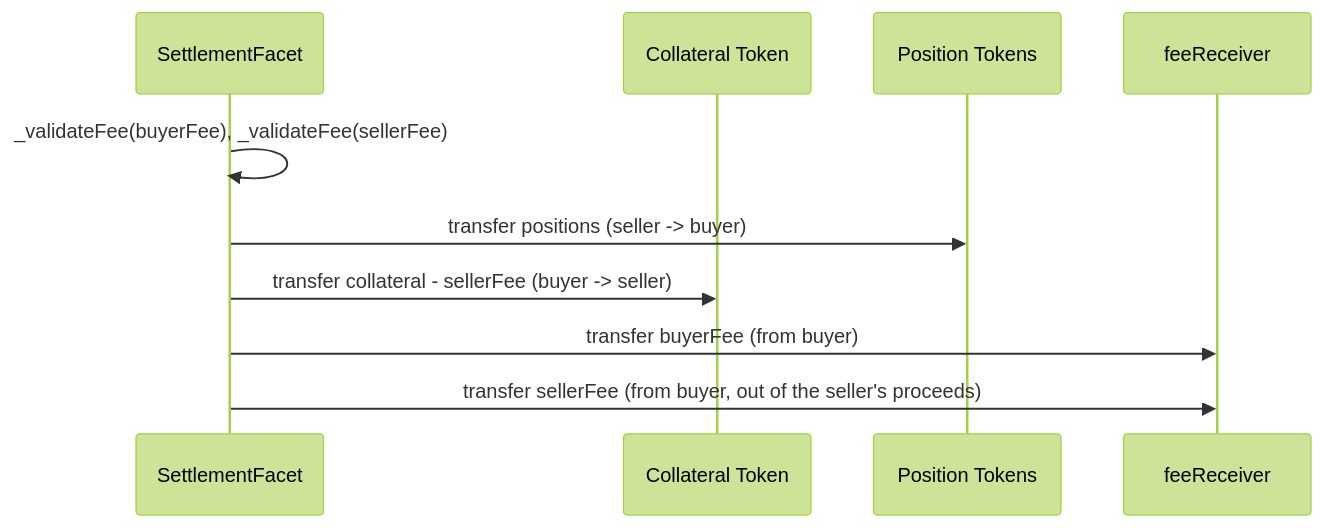
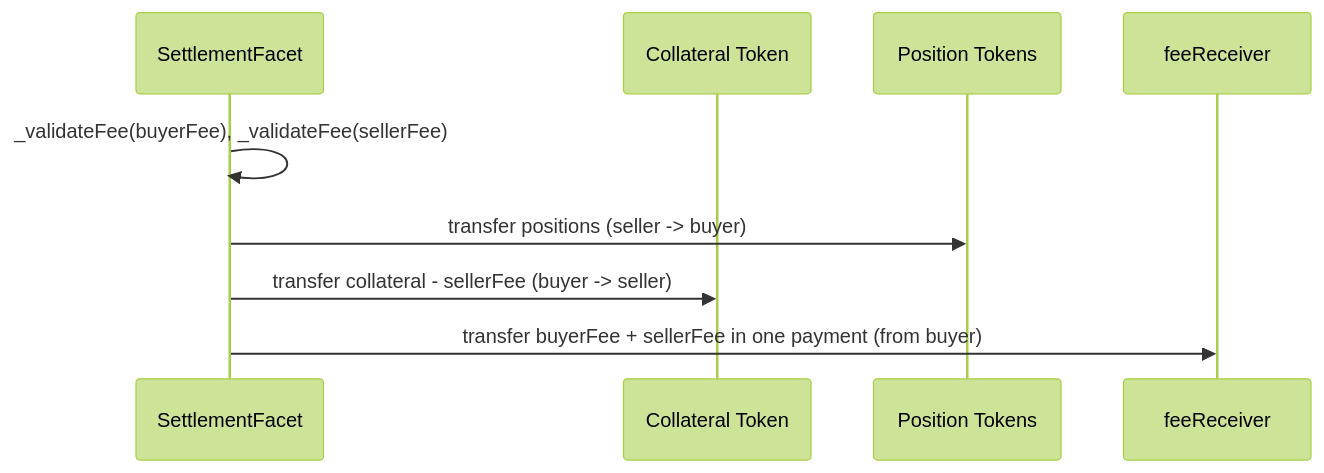
One commit to Doefin/doefin-v2 changed the second of 4 diagrams in docs/flows/SETTLEMENT_FLOW.md. Above: the diagram before and after it, drawn with Mermaid (forest theme). The commit also changed other lines of this file and 2 other files, not shown here.

Commit message:
SCRUM-559: a Complementary buyer pays both fees in one transfer
The buyer already pays the seller's fee out of the seller's proceeds, so both fees
now reach the Diamond in one transferFrom instead of two. Each non-zero fee still
emits its own FeeAccrued, and every party's amounts are unchanged. Saves about
4,100 gas per Complementary leg that carries both fees; Mint and Merge are
unaffected.

Also corrects the _settleComplementary NatSpec, which still described the seller
paying its own fee.

````diff
--- a/docs/flows/SETTLEMENT_FLOW.md
+++ b/docs/flows/SETTLEMENT_FLOW.md
@@ -99,13 +99,12 @@
 ```mermaid
 sequenceDiagram
     participant Settlement as SettlementFacet
     participant ERC20 as Collateral Token
     participant ERC1155 as Position Tokens
     participant Fee as feeReceiver
 
     Settlement->>Settlement: _validateFee(buyerFee), _validateFee(sellerFee)
     Settlement->>ERC1155: transfer positions (seller -> buyer)
     Settlement->>ERC20: transfer collateral - sellerFee (buyer -> seller)
-    Settlement->>Fee: transfer buyerFee (from buyer)
-    Settlement->>Fee: transfer sellerFee (from buyer, out of the seller's proceeds)
+    Settlement->>Fee: transfer buyerFee + sellerFee in one payment (from buyer)
 ```
````
